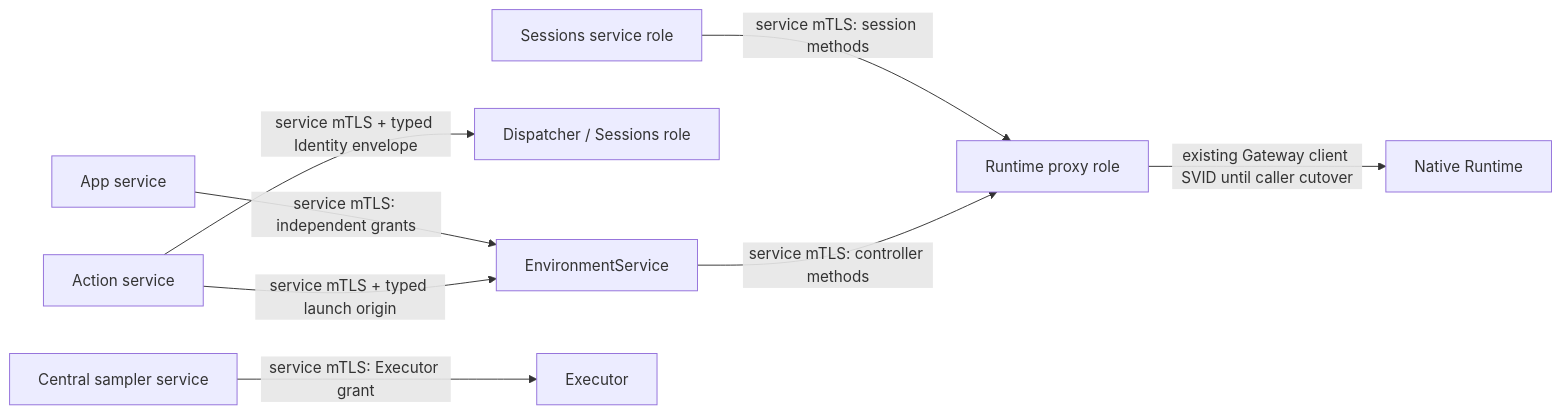
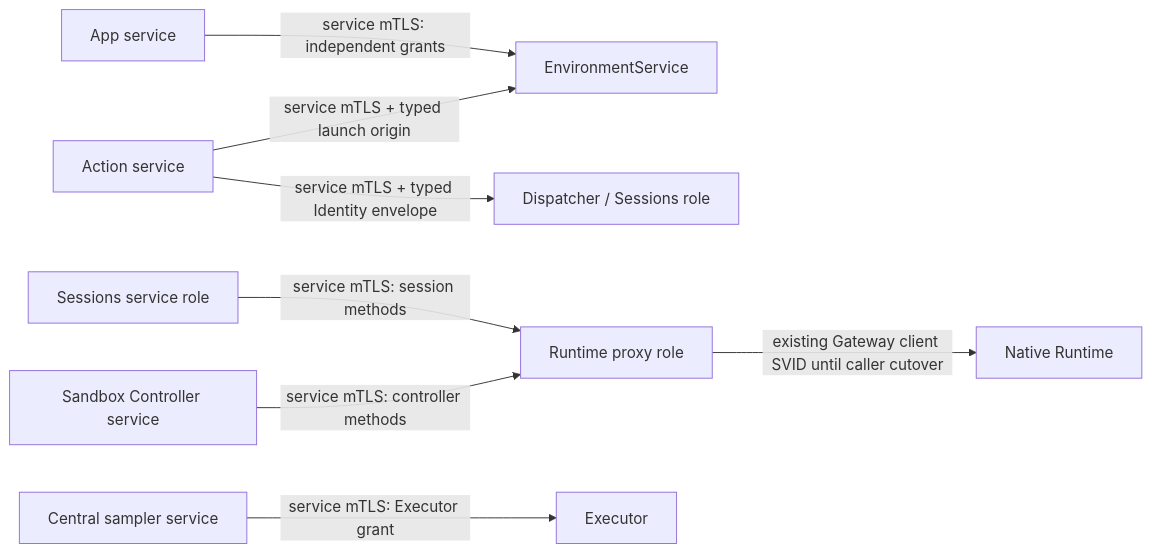
The third of 12 diagrams in agentplane/docs/system_overview.md (agentydragon/ducktape), drawn with Mermaid before and after one commit.

Commit message:
Show the existing Controller caller on the staged proxy edge

````diff
--- a/agentplane/docs/system_overview.md
+++ b/agentplane/docs/system_overview.md
@@ -336,10 +336,10 @@
 ```mermaid
 flowchart LR
     app[App service] -->|service mTLS: independent grants| environments[EnvironmentService]
     actions[Action service] -->|service mTLS + typed Identity envelope| dispatcher[Dispatcher / Sessions role]
     actions -->|service mTLS + typed launch origin| environments
     sessions[Sessions service role] -->|service mTLS: session methods| proxy[Runtime proxy role]
-    environments -->|service mTLS: controller methods| proxy
+    controller[Sandbox Controller service] -->|service mTLS: controller methods| proxy
     sampler[Central sampler service] -->|service mTLS: Executor grant| executor[Executor]
     proxy -->|existing Gateway client SVID until caller cutover| runtime[Native Runtime]
 ```
````
